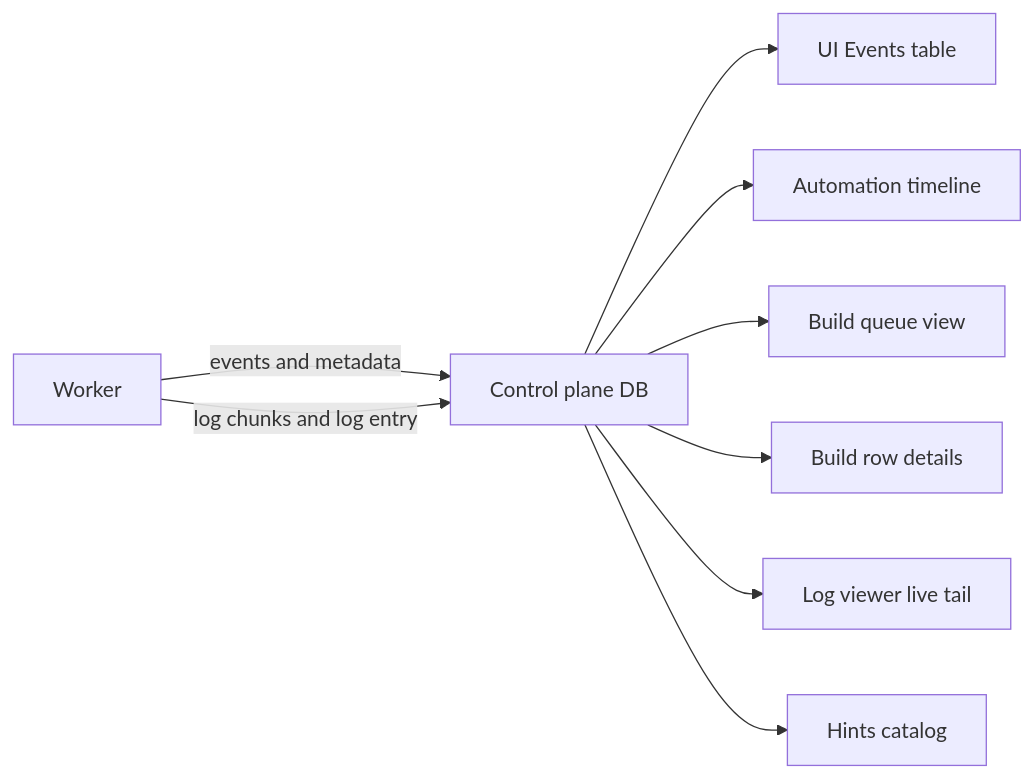
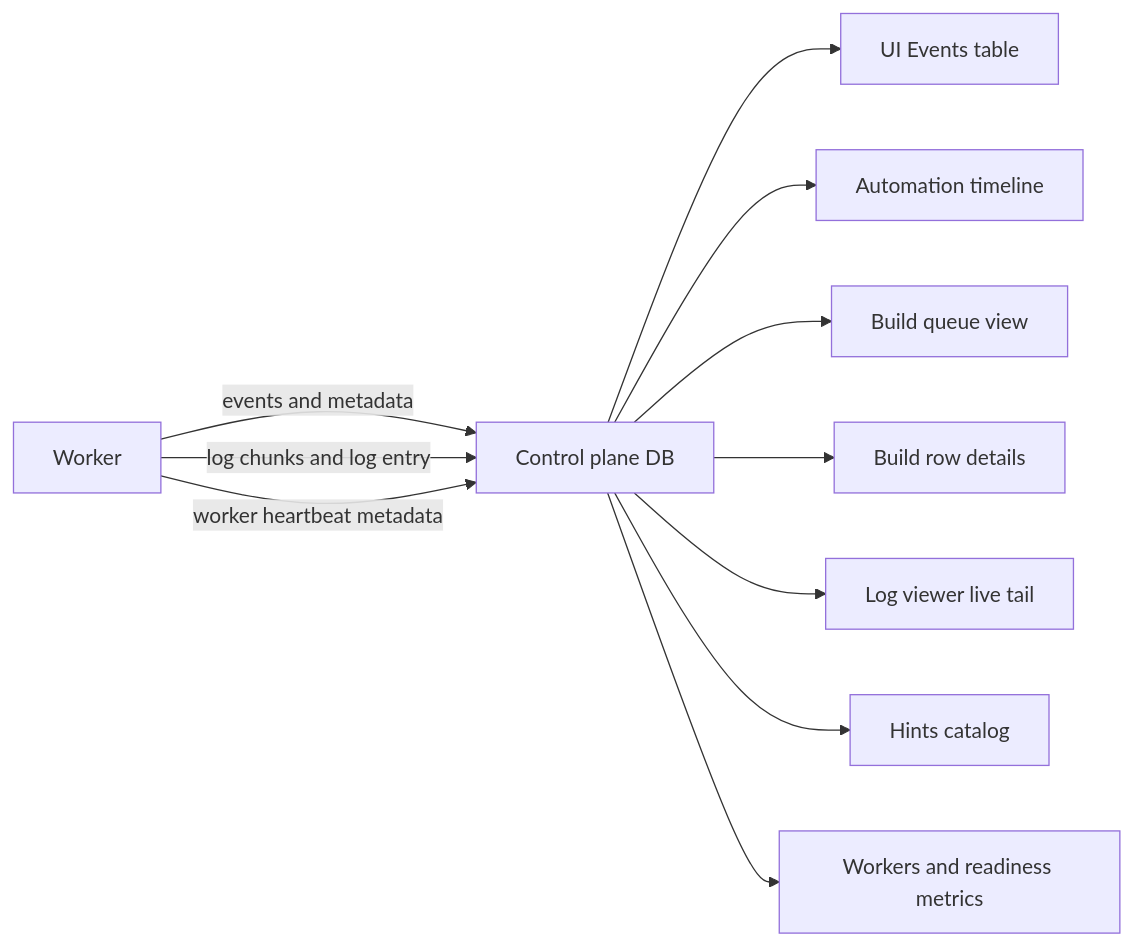
The diagram in docs/diagrams/automation-ux-visibility.mmd (k8ika0s/s390x-wheel-refinery), drawn with Mermaid before and after one commit. The commit also changed 7 other files, not shown here.

Commit message:
Tighten docs and diagrams for rollout readiness

```diff
--- a/docs/diagrams/automation-ux-visibility.mmd
+++ b/docs/diagrams/automation-ux-visibility.mmd
@@ -1,9 +1,11 @@
 flowchart LR
   A[Worker] -->|events and metadata| B[Control plane DB]
   A -->|log chunks and log entry| B
+  A -->|worker heartbeat metadata| B
   B --> C[UI Events table]
   B --> D[Automation timeline]
   B --> E[Build queue view]
   B --> F[Build row details]
   B --> G[Log viewer live tail]
   B --> H[Hints catalog]
+  B --> I[Workers and readiness metrics]
```
